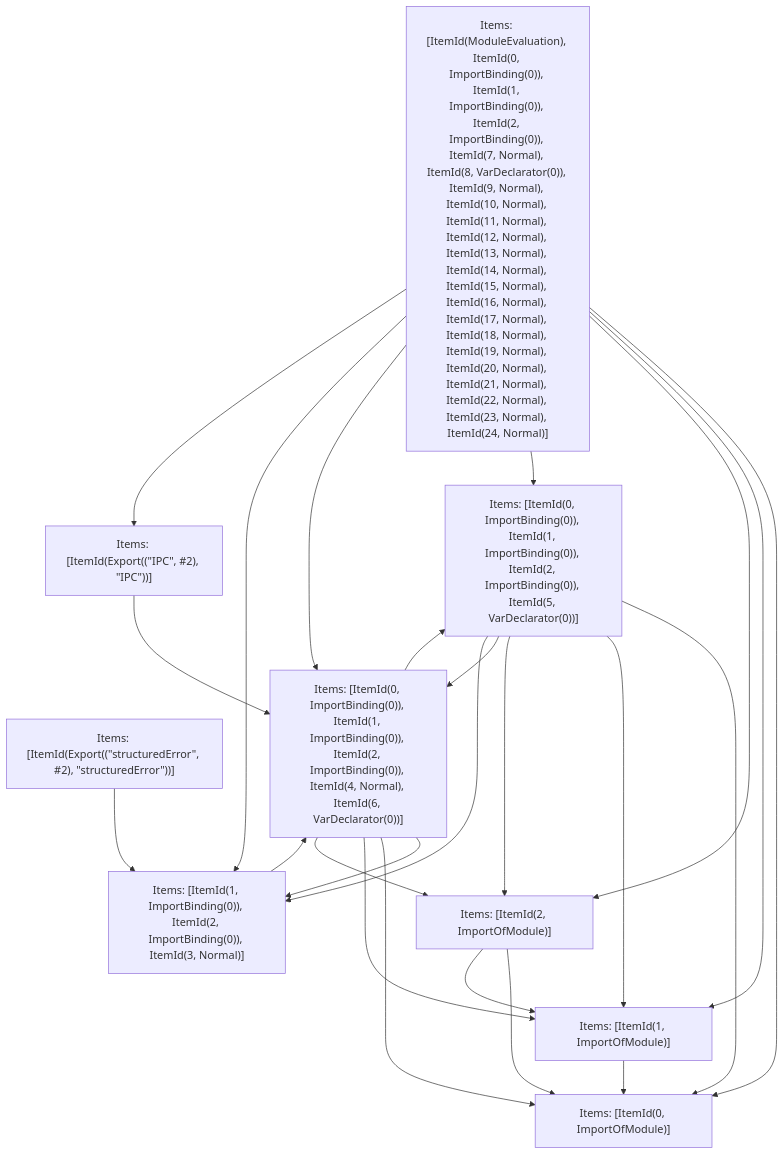
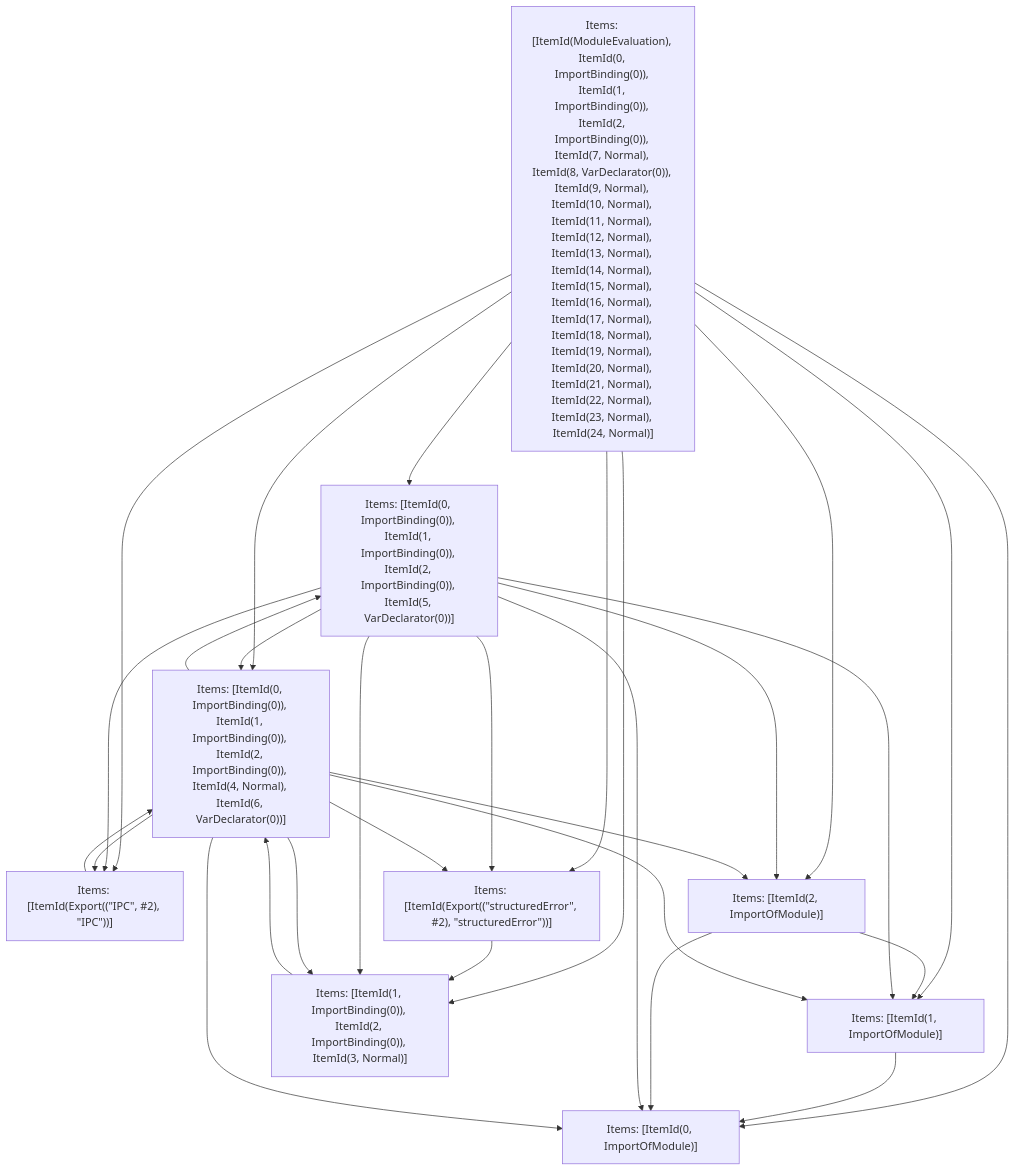
The fifth of 5 diagrams in crates/turbopack-ecmascript/tests/tree-shaker/analyzer/failed-3/output.md (vercel/turborepo), drawn with Mermaid before and after one commit. The commit also changed other lines of this file and 24 other files, not shown here.

````diff
--- a/crates/turbopack-ecmascript/tests/tree-shaker/analyzer/failed-3/output.md
+++ b/crates/turbopack-ecmascript/tests/tree-shaker/analyzer/failed-3/output.md
@@ -1606,35 +1716,40 @@
 ```mermaid
 graph TD
     N0["Items: [ItemId(ModuleEvaluation), ItemId(0, ImportBinding(0)), ItemId(1, ImportBinding(0)), ItemId(2, ImportBinding(0)), ItemId(7, Normal), ItemId(8, VarDeclarator(0)), ItemId(9, Normal), ItemId(10, Normal), ItemId(11, Normal), ItemId(12, Normal), ItemId(13, Normal), ItemId(14, Normal), ItemId(15, Normal), ItemId(16, Normal), ItemId(17, Normal), ItemId(18, Normal), ItemId(19, Normal), ItemId(20, Normal), ItemId(21, Normal), ItemId(22, Normal), ItemId(23, Normal), ItemId(24, Normal)]"];
-    N1["Items: [ItemId(Export((&quot;structuredError&quot;, #2), &quot;structuredError&quot;))]"];
-    N2["Items: [ItemId(Export((&quot;IPC&quot;, #2), &quot;IPC&quot;))]"];
+    N1["Items: [ItemId(Export((&quot;IPC&quot;, #2), &quot;IPC&quot;))]"];
+    N2["Items: [ItemId(Export((&quot;structuredError&quot;, #2), &quot;structuredError&quot;))]"];
     N3["Items: [ItemId(0, ImportOfModule)]"];
     N4["Items: [ItemId(1, ImportOfModule)]"];
     N5["Items: [ItemId(2, ImportOfModule)]"];
     N6["Items: [ItemId(1, ImportBinding(0)), ItemId(2, ImportBinding(0)), ItemId(3, Normal)]"];
     N7["Items: [ItemId(0, ImportBinding(0)), ItemId(1, ImportBinding(0)), ItemId(2, ImportBinding(0)), ItemId(5, VarDeclarator(0))]"];
     N8["Items: [ItemId(0, ImportBinding(0)), ItemId(1, ImportBinding(0)), ItemId(2, ImportBinding(0)), ItemId(4, Normal), ItemId(6, VarDeclarator(0))]"];
     N0 --> N3;
     N0 --> N4;
     N0 --> N5;
     N0 --> N7;
     N0 --> N8;
     N0 --> N6;
     N0 --> N2;
-    N1 --> N6;
-    N2 --> N8;
+    N0 --> N1;
+    N1 --> N8;
+    N2 --> N6;
     N4 --> N3;
     N5 --> N3;
     N5 --> N4;
     N6 --> N8;
     N7 --> N3;
     N7 --> N4;
     N7 --> N5;
     N7 --> N8;
     N7 --> N6;
+    N7 --> N2;
+    N7 --> N1;
     N8 --> N6;
     N8 --> N7;
+    N8 --> N1;
     N8 --> N3;
     N8 --> N4;
     N8 --> N5;
+    N8 --> N2;
 ```
````
